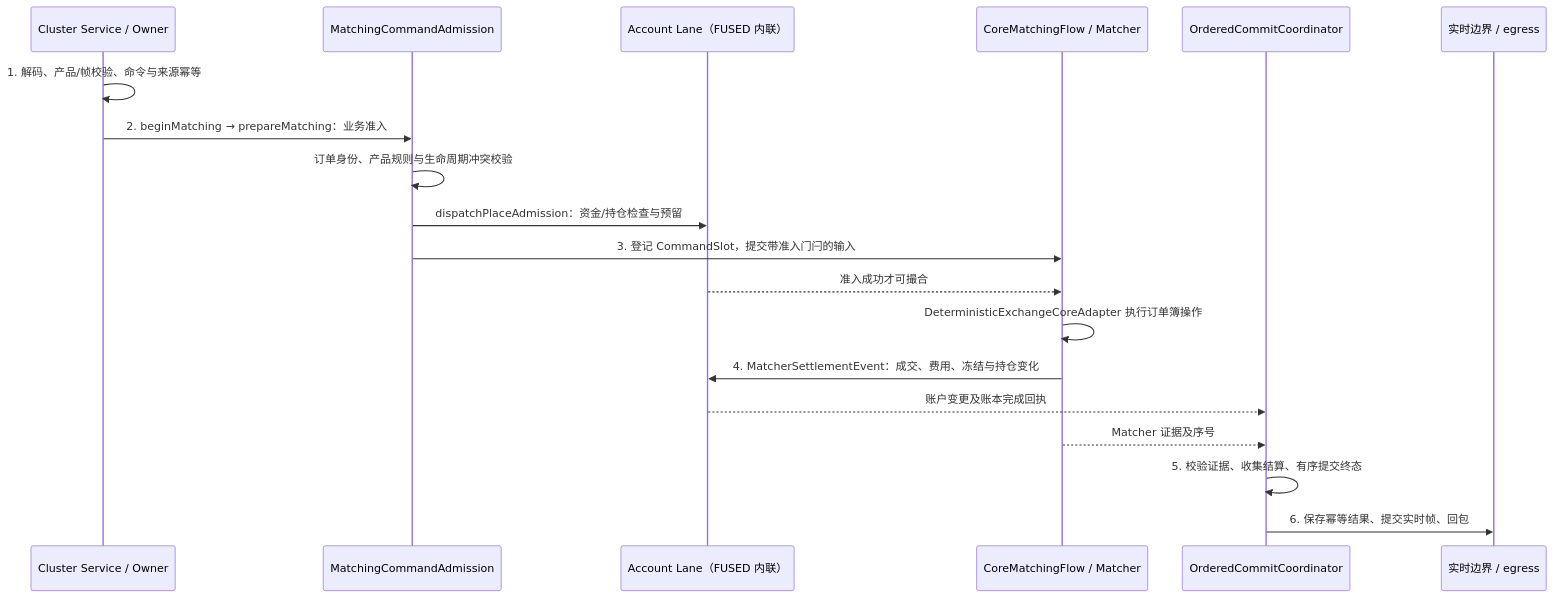
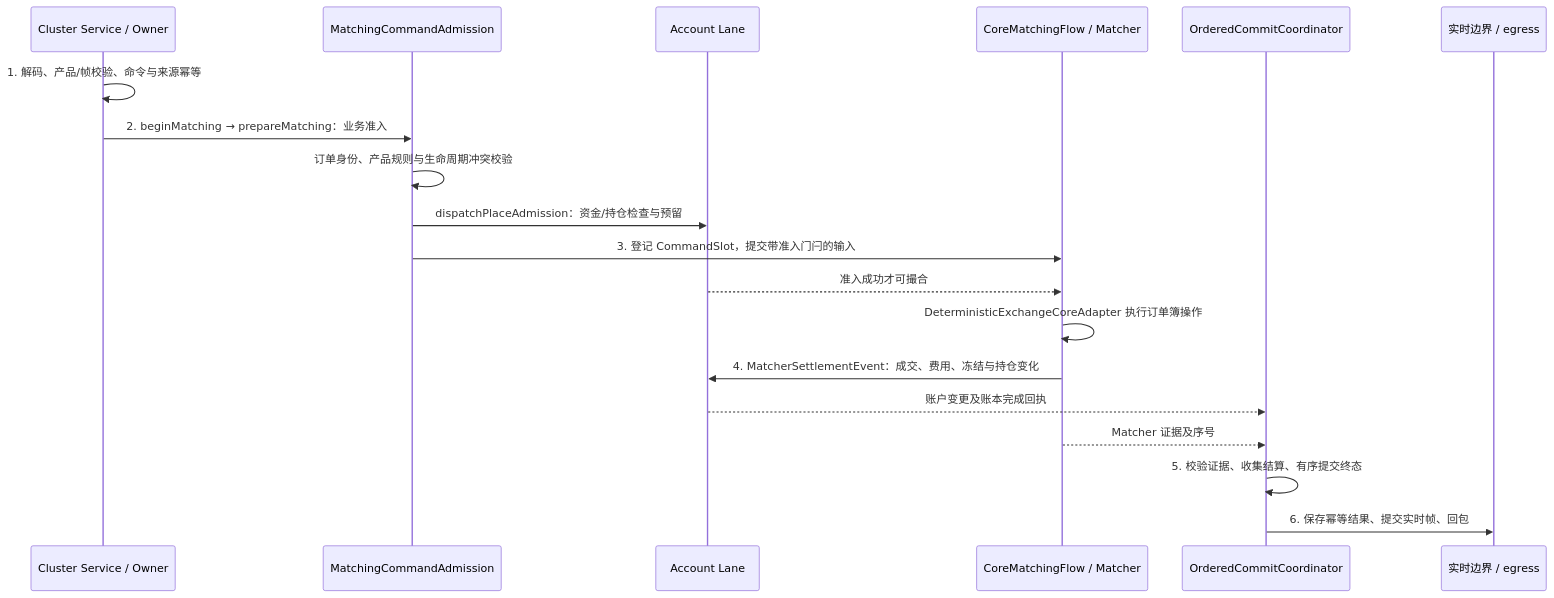
The fourth of 12 diagrams in surprising-aeron-core/README.md (lilaizhencn/surprising-ex), drawn with Mermaid before and after one commit. The commit also changed other lines of this file and 71 other files, not shown here.

````diff
--- a/surprising-aeron-core/README.md
+++ b/surprising-aeron-core/README.md
@@ -176,21 +172,21 @@
 ```mermaid
 sequenceDiagram
     participant In as Cluster Service / Owner
     participant Admission as MatchingCommandAdmission
-    participant Account as Account Lane（FUSED 内联）
+    participant Account as Account Lane
     participant Matcher as CoreMatchingFlow / Matcher
     participant Commit as OrderedCommitCoordinator
     participant Out as 实时边界 / egress
     In->>In: 1. 解码、产品/帧校验、命令与来源幂等
     In->>Admission: 2. beginMatching → prepareMatching：业务准入
     Admission->>Admission: 订单身份、产品规则与生命周期冲突校验
     Admission->>Account: dispatchPlaceAdmission：资金/持仓检查与预留
     Admission->>Matcher: 3. 登记 CommandSlot，提交带准入门闩的输入
     Account-->>Matcher: 准入成功才可撮合
     Matcher->>Matcher: DeterministicExchangeCoreAdapter 执行订单簿操作
     Matcher->>Account: 4. MatcherSettlementEvent：成交、费用、冻结与持仓变化
     Account-->>Commit: 账户变更及账本完成回执
     Matcher-->>Commit: Matcher 证据及序号
     Commit->>Commit: 5. 校验证据、收集结算、有序提交终态
     Commit->>Out: 6. 保存幂等结果、提交实时帧、回包
 ```
````
